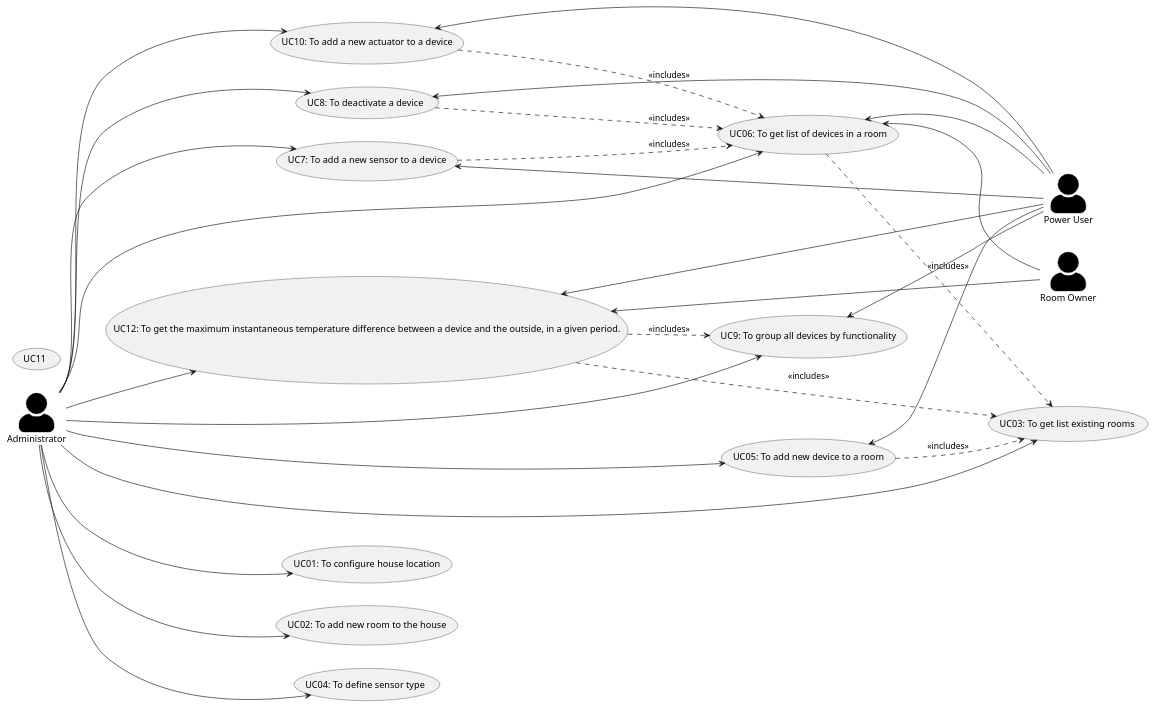
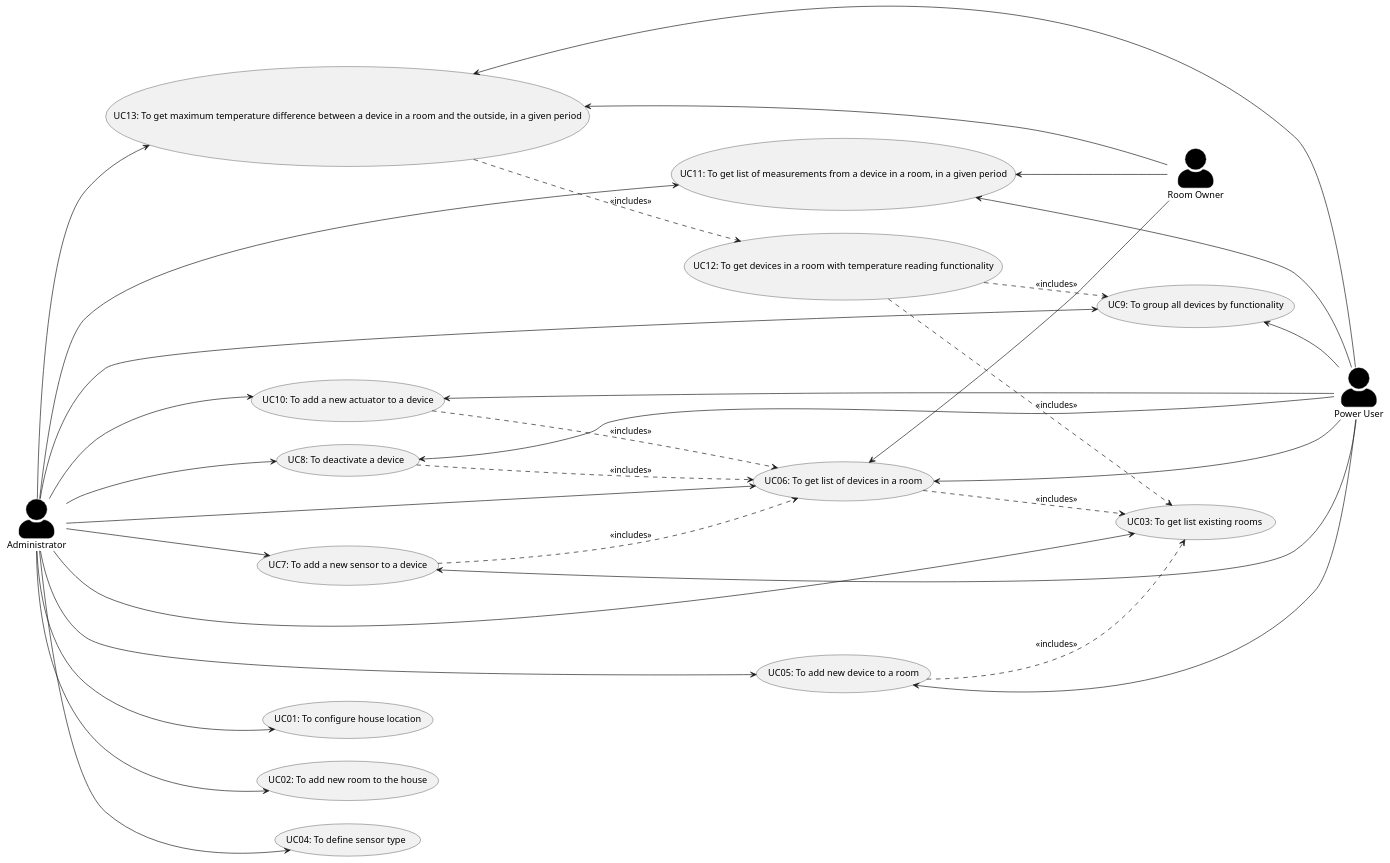
One commit to olivDiogo/SmartHome changed the diagram in docs/ooa/3.useCaseDiagram/useCaseDiagram.puml. Above: the diagram before and after it, drawn with PlantUML. The commit also changed 1 other file, not shown here.

Commit message:
docs: updated generic use case diagram - #397

```diff
--- a/docs/ooa/3.useCaseDiagram/useCaseDiagram.puml
+++ b/docs/ooa/3.useCaseDiagram/useCaseDiagram.puml
@@ -1,57 +1,62 @@
 @startuml
 'https://plantuml.com/use-case-diagram
 left to right direction
 skinparam actorStyle awesome
 skinparam ActorBackgroundColor black
 
 :Administrator: as Admin
 :Power User: as Power_User
 :Room Owner: as Room_Owner
 
 (UC01: To configure house location) as (Use1)
 (UC02: To add new room to the house) as (Use2)
 (UC03: To get list existing rooms) as (Use3)
 (UC04: To define sensor type) as (Use4)
 (UC05: To add new device to a room) as (Use5)
 (UC06: To get list of devices in a room) as (Use6)
 (UC7: To add a new sensor to a device) as (Use7)
 (UC8: To deactivate a device) as (Use8)
 (UC9: To group all devices by functionality) as (Use9)
 (UC10: To add a new actuator to a device) as (Use10)
-(UC11)
-(UC12: To get the maximum instantaneous temperature difference between a device and the outside, in a given period.) as (Use12)
+(UC11: To get list of measurements from a device in a room, in a given period) as (Use11)
+(UC12: To get devices in a room with temperature reading functionality) as (Use12)
+(UC13: To get maximum temperature difference between a device in a room and the outside, in a given period) as (Use13)
 
 Admin --> (Use1)
 Admin --> (Use2)
 Admin --> (Use3)
 Admin --> (Use4)
 Admin --> (Use5)
 Admin --> (Use6)
 Admin --> (Use7)
 Admin --> (Use8)
 Admin --> (Use9)
 Admin --> (Use10)
-Admin --> (Use12)
+Admin --> (Use11)
+Admin --> (Use13)
 
 Power_User -up-> (Use5)
 Power_User -up-> (Use6)
 Power_User -up-> (Use7)
 Power_User -up-> (Use8)
 Power_User -up-> (Use9)
 Power_User -up-> (Use10)
-Power_User -up-> (Use12)
+Power_User -up-> (Use11)
+Power_User -up-> (Use13)
 
 Room_Owner -up-> (Use6)
-Room_Owner -up-> (Use12)
+Room_Owner -up-> (Use11)
+Room_Owner -up-> (Use13)
 
 (Use6) ..> (Use3): <<includes>>
 (Use5) ..> (Use3): <<includes>>
 (Use7) ..> (Use6): <<includes>>
 (Use8) ..> (Use6): <<includes>>
 (Use10) ..> (Use6): <<includes>>
 (Use12)..> (Use3): <<includes>>
 (Use12)..> (Use9): <<includes>>
+(Use13)..> (Use12): <<includes>>
 
 
 
 @enduml
```
